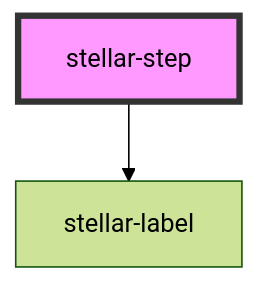
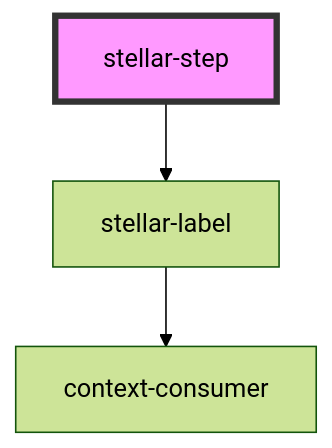
Before and after one commit to splitinfinities/Stellar: the diagram in src/components/ui/step/readme.md, drawn with Mermaid (forest theme). The commit also changed 44 other files, not shown here.

````diff
--- a/src/components/ui/step/readme.md
+++ b/src/components/ui/step/readme.md
@@ -33,5 +33,6 @@
 ```mermaid
 graph TD;
   stellar-step --> stellar-label
+  stellar-label --> context-consumer
   style stellar-step fill:#f9f,stroke:#333,stroke-width:4px
 ```
````
